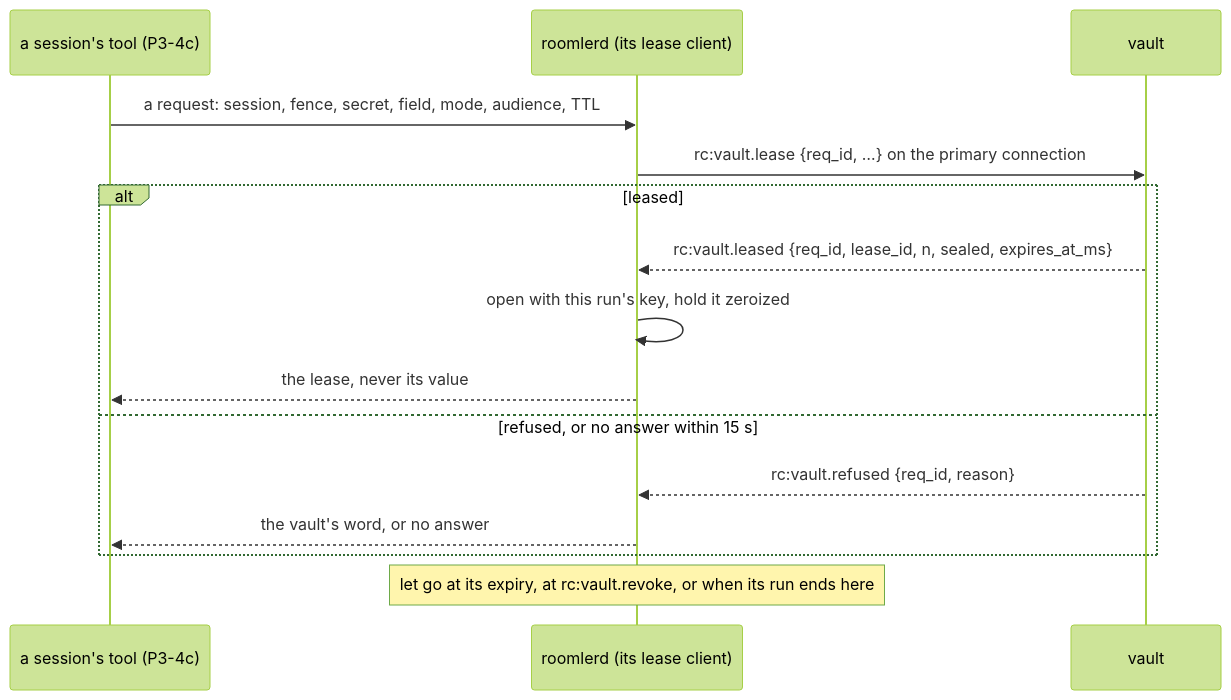
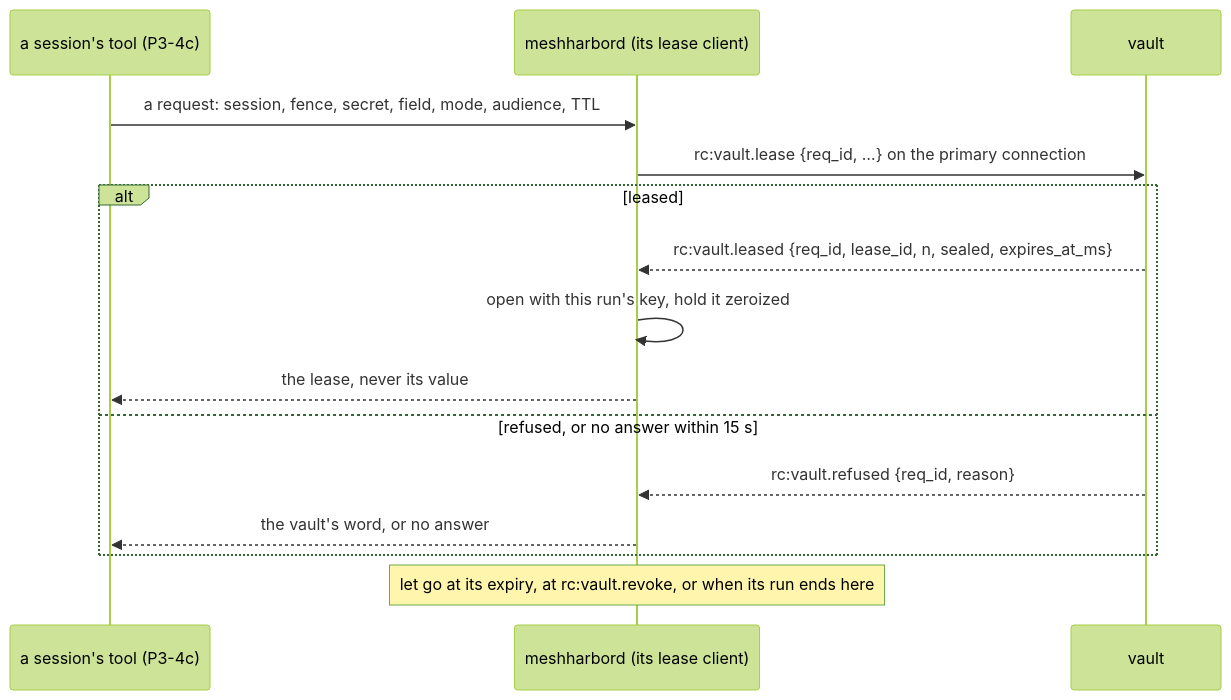
Before and after one commit to jk-zhang-meta/MeshHarbor: the seventh of 31 diagrams in docs/vault.md, drawn with Mermaid (forest theme). The commit also changed other lines of this file and 682 other files, not shown here.

````diff
--- a/docs/vault.md
+++ b/docs/vault.md
@@ -733,17 +733,17 @@
 ```mermaid
 sequenceDiagram
     participant T as a session's tool (P3-4c)
-    participant D as roomlerd (its lease client)
+    participant D as meshharbord (its lease client)
     participant V as vault
     T->>D: a request: session, fence, secret, field, mode, audience, TTL
     D->>V: rc:vault.lease {req_id, …} on the primary connection
     alt leased
         V-->>D: rc:vault.leased {req_id, lease_id, n, sealed, expires_at_ms}
         D->>D: open with this run's key, hold it zeroized
         D-->>T: the lease, never its value
     else refused, or no answer within 15 s
         V-->>D: rc:vault.refused {req_id, reason}
         D-->>T: the vault's word, or no answer
     end
     Note over D: let go at its expiry, at rc:vault.revoke, or when its run ends here
 ```
````
